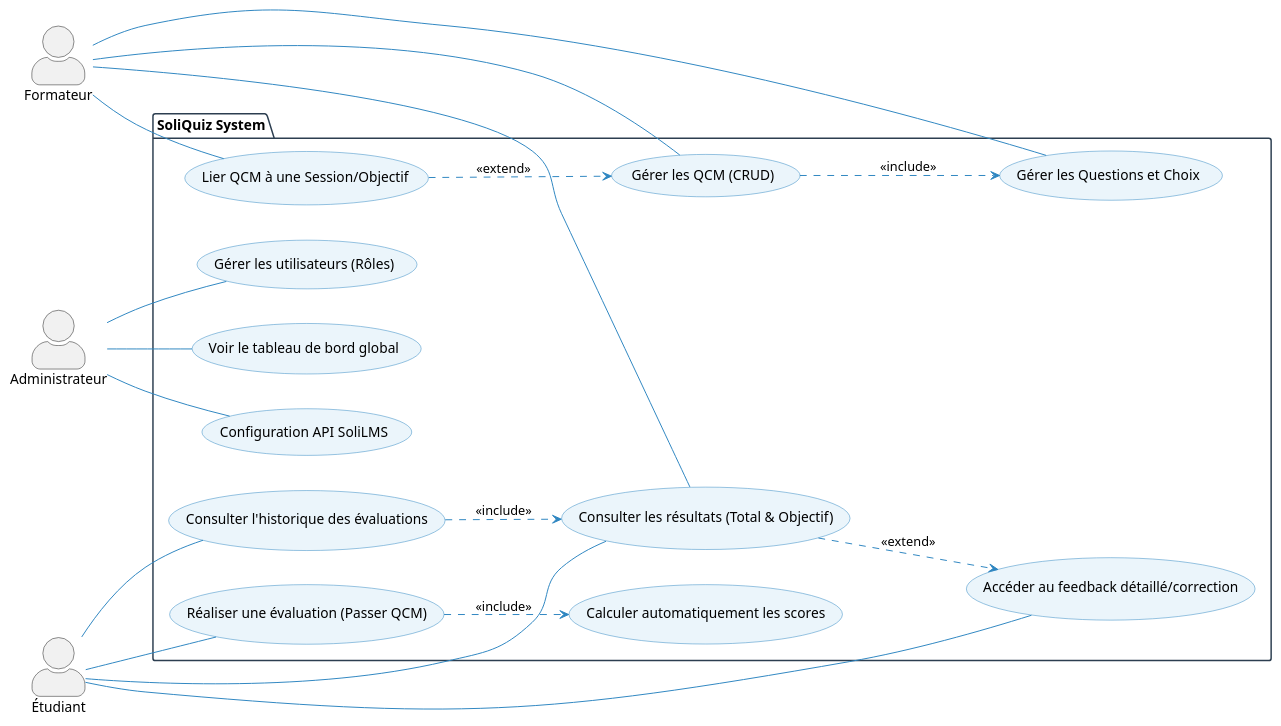
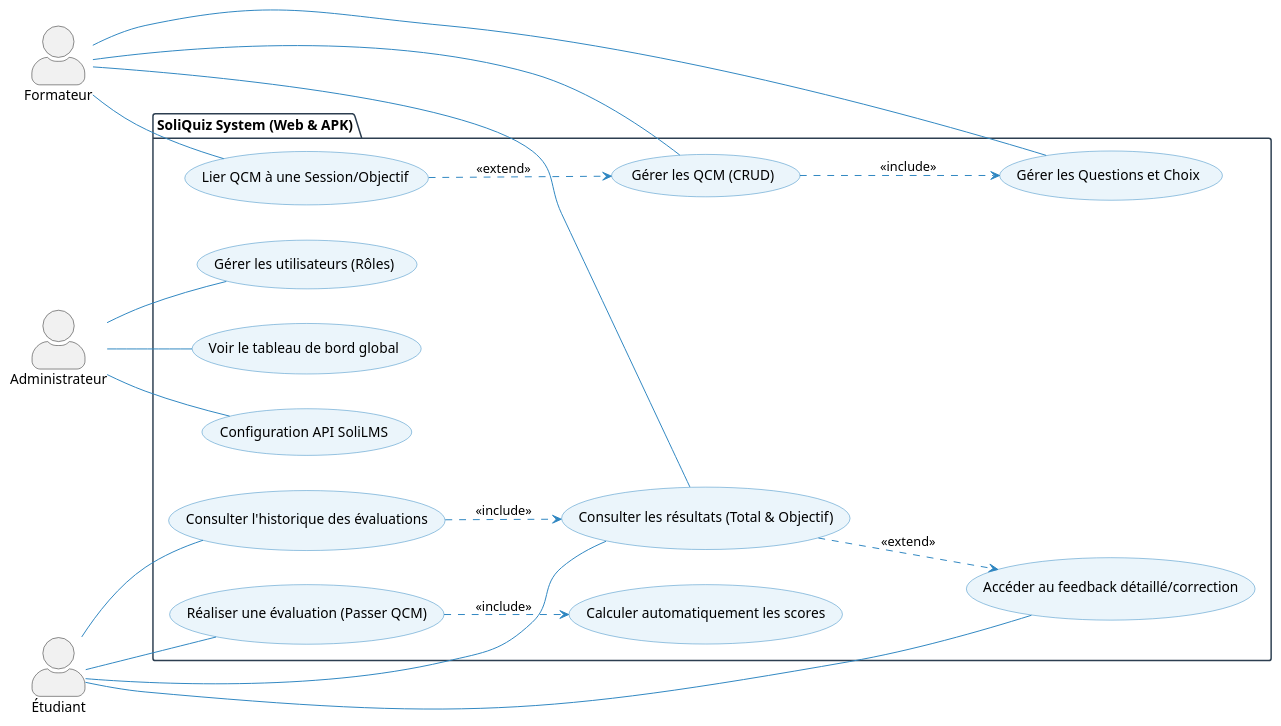
Before and after one commit to SoliQuiz/Analyse: the diagram in cas-utilisation/cas-utilisation-global.puml, drawn with PlantUML. The commit also changed 2 other files, not shown here.

Commit message:
feat: Add PlantUML use case diagrams for SoliQuiz global, Sprint 1 MVP, and Sprint 2 advanced features.

```diff
--- a/cas-utilisation/cas-utilisation-global.puml
+++ b/cas-utilisation/cas-utilisation-global.puml
@@ -1,45 +1,45 @@
 @startuml
 skinparam actorStyle awesome
 left to right direction
 skinparam package {
     BackgroundColor White
     BorderColor #2C3E50
 }
 skinparam usecase {
     BackgroundColor #EBF5FB
     BorderColor #2E86C1
     ArrowColor #2E86C1
 }
 actor "Administrateur" as A
 actor "Formateur" as F
 actor "Étudiant" as E
-package "SoliQuiz System" {
+package "SoliQuiz System (Web & APK)" {
     usecase "Gérer les utilisateurs (Rôles)" as UC9
     usecase "Voir le tableau de bord global" as UC10
     usecase "Configuration API SoliLMS" as UC11
     usecase "Gérer les QCM (CRUD)" as UC1
     usecase "Gérer les Questions et Choix" as UC2
     usecase "Lier QCM à une Session/Objectif" as UC3
     usecase "Réaliser une évaluation (Passer QCM)" as UC4
     usecase "Calculer automatiquement les scores" as UC6
     usecase "Consulter les résultats (Total & Objectif)" as UC5
     usecase "Consulter l'historique des évaluations" as UC7
     usecase "Accéder au feedback détaillé/correction" as UC8
 }
 A -- UC9
 A -- UC10
 A -- UC11
 F -- UC1
 F -- UC2
 F -- UC3
 F -- UC5
 E -- UC4
 E -- UC5
 E -- UC7
 E -- UC8
 UC1 ..> UC2 : <<include>>
 UC3 ..> UC1 : <<extend>>
 UC4 ..> UC6 : <<include>>
 UC5 ..> UC8 : <<extend>>
 UC7 ..> UC5 : <<include>>
 @enduml
```
